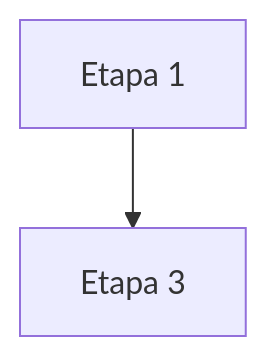
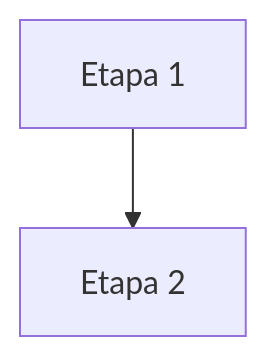
The second of 2 diagrams in docs/mapa-fluxo-_template.md (lucasandrioli/designop), drawn with Mermaid before and after one commit. The commit also changed other lines of this file and 27 other files, not shown here.

````diff
--- a/docs/mapa-fluxo-_template.md
+++ b/docs/mapa-fluxo-_template.md
@@ -72,4 +59,4 @@
 ```mermaid
 flowchart TD
-    a[Etapa 1] --> c[Etapa 3]
+    a[Etapa 1] --> b[Etapa 2]
 ```
````
